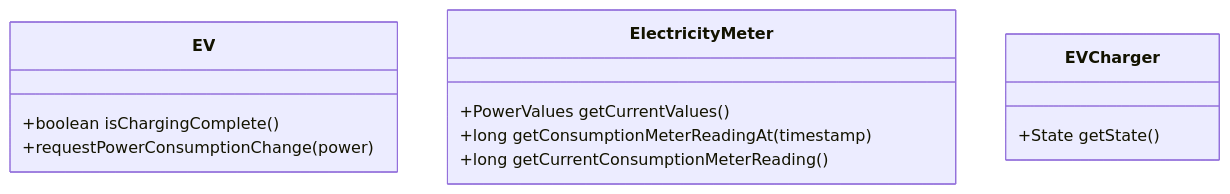
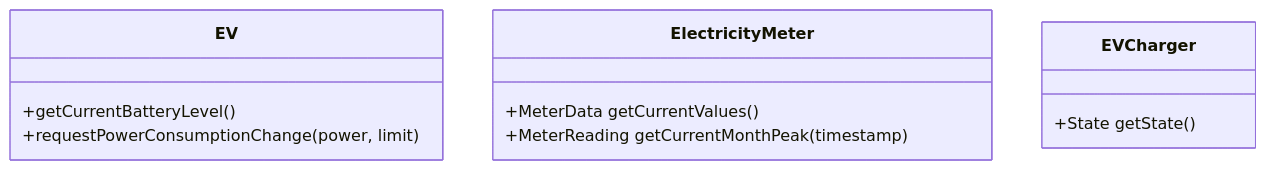
One commit to erwin1/homecontrol changed the second of 2 diagrams in README.md. Above: the diagram before and after it, drawn with Mermaid. The commit also changed other lines of this file and 10 other files, not shown here.

````diff
--- a/README.md
+++ b/README.md
@@ -33,17 +42,16 @@
 ```mermaid
 classDiagram
     class EV {
-        +boolean isChargingComplete()
-        +requestPowerConsumptionChange(power)
+        +getCurrentBatteryLevel()
+        +requestPowerConsumptionChange(power, limit)
     }
     
     class ElectricityMeter {
-      +PowerValues getCurrentValues()
-      +long getConsumptionMeterReadingAt(timestamp)
-      +long getCurrentConsumptionMeterReading()
+      +MeterData getCurrentValues()
+      +MeterReading getCurrentMonthPeak(timestamp)
     }
 
     class EVCharger {
         +State getState()
     }
 ```
````
